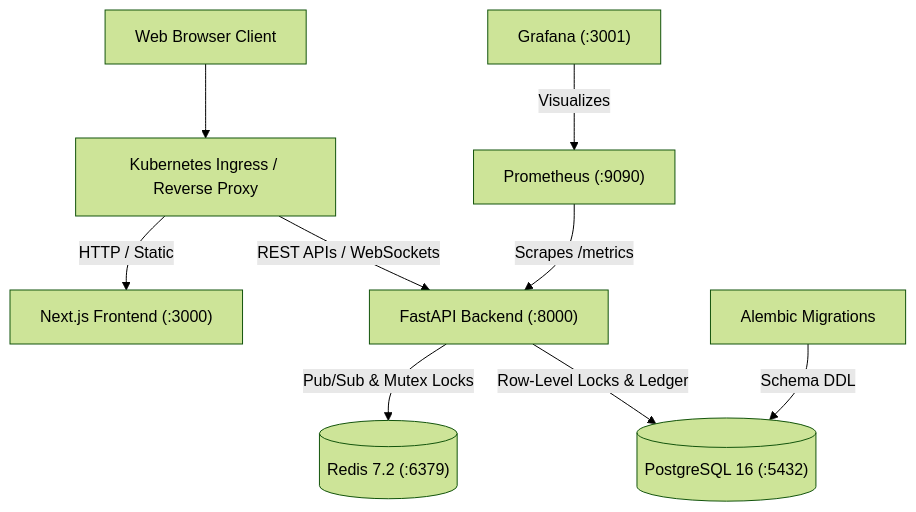
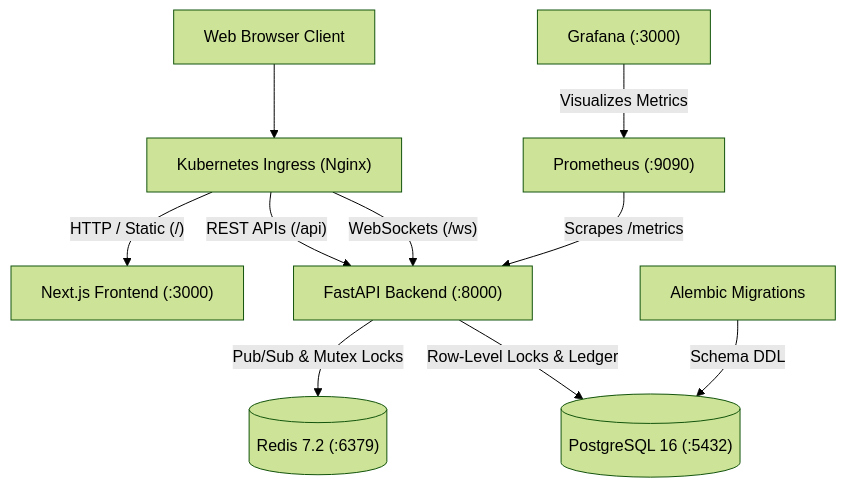
Before and after one commit to Bish311/BidBull: the diagram in README.md, drawn with Mermaid (forest theme). The commit also changed other lines of this file, not shown here.

````diff
--- a/README.md
+++ b/README.md
@@ -5,11 +7,12 @@
 ```mermaid
 flowchart TD
-    User["Web Browser Client"] --> Ingress["Kubernetes Ingress / Reverse Proxy"]
-    Ingress -->|"HTTP / Static"| Frontend["Next.js Frontend (:3000)"]
-    Ingress -->|"REST APIs / WebSockets"| Backend["FastAPI Backend (:8000)"]
+    User["Web Browser Client"] --> Ingress["Kubernetes Ingress (Nginx)"]
+    Ingress -->|"HTTP / Static (/)"| Frontend["Next.js Frontend (:3000)"]
+    Ingress -->|"REST APIs (/api)"| Backend["FastAPI Backend (:8000)"]
+    Ingress -->|"WebSockets (/ws)"| Backend
     Backend -->|"Pub/Sub & Mutex Locks"| Redis[("Redis 7.2 (:6379)")]
     Backend -->|"Row-Level Locks & Ledger"| Database[("PostgreSQL 16 (:5432)")]
     Alembic["Alembic Migrations"] -->|"Schema DDL"| Database
     Prometheus["Prometheus (:9090)"] -->|"Scrapes /metrics"| Backend
-    Grafana["Grafana (:3001)"] -->|"Visualizes"| Prometheus
+    Grafana["Grafana (:3000)"] -->|"Visualizes Metrics"| Prometheus
 ```
````
